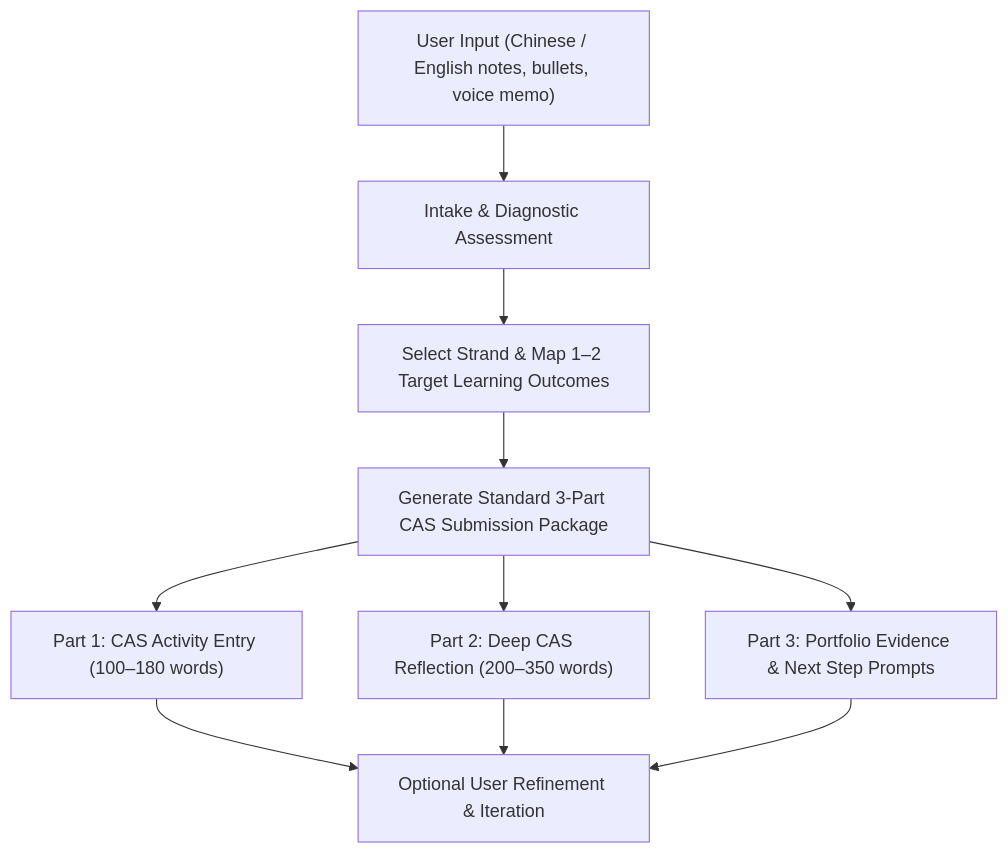
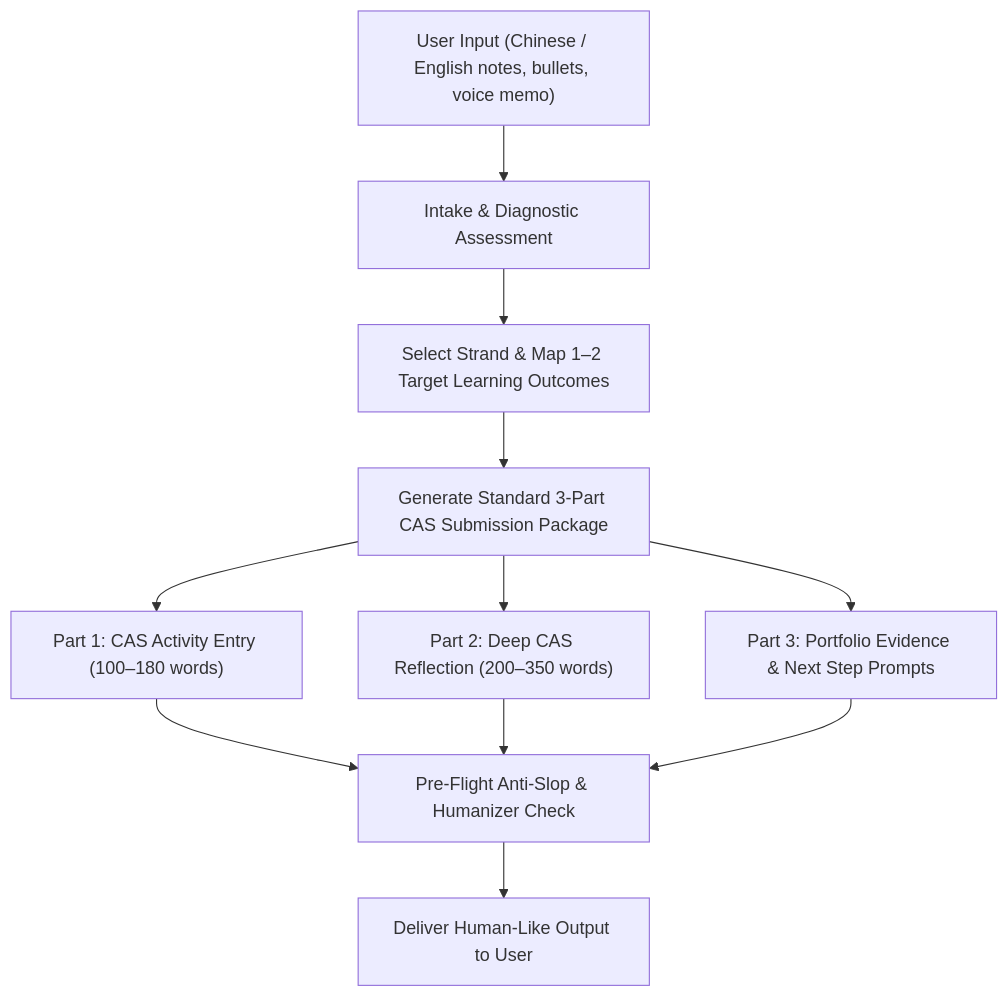
The diagram in cas-writer/SKILL.md (syun-sann/skills), drawn with Mermaid before and after one commit. The commit also changed other lines of this file and 4 other files, not shown here.

````diff
--- a/cas-writer/SKILL.md
+++ b/cas-writer/SKILL.md
@@ -27,10 +31,11 @@
 ```mermaid
 graph TD
     A["User Input (Chinese / English notes, bullets, voice memo)"] --> B["Intake & Diagnostic Assessment"]
     B --> C["Select Strand & Map 1–2 Target Learning Outcomes"]
     C --> D["Generate Standard 3-Part CAS Submission Package"]
     D --> E["Part 1: CAS Activity Entry (100–180 words)"]
     D --> F["Part 2: Deep CAS Reflection (200–350 words)"]
     D --> G["Part 3: Portfolio Evidence & Next Step Prompts"]
-    E & F & G --> H["Optional User Refinement & Iteration"]
+    E & F & G --> H["Pre-Flight Anti-Slop & Humanizer Check"]
+    H --> I["Deliver Human-Like Output to User"]
 ```
````
